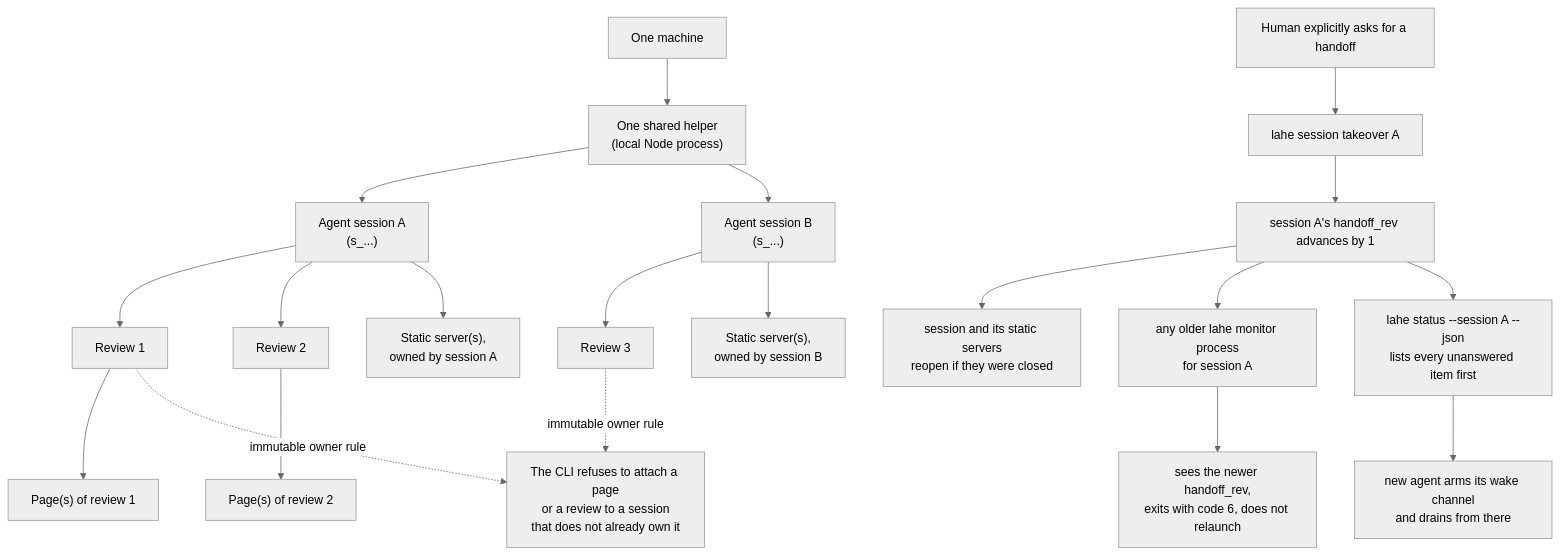
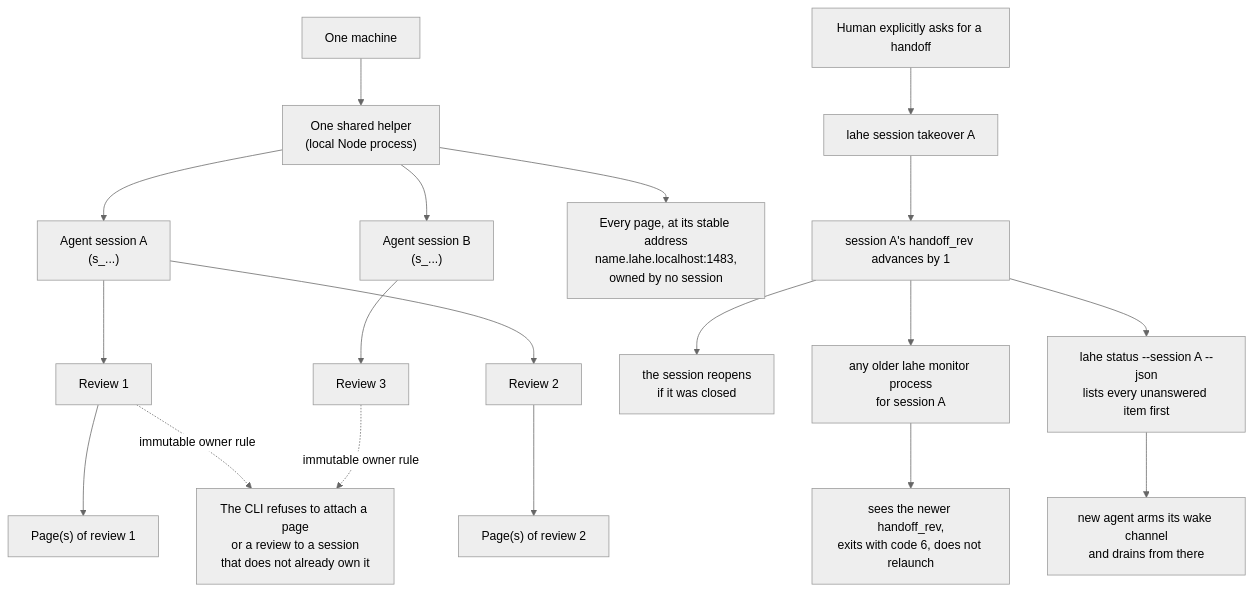
One commit to kenxle/live-agentic-html-editor changed the first of 3 diagrams in docs/diagrams/session_ownership.md. Above: the diagram before and after it, drawn with Mermaid (neutral theme). The commit also changed other lines of this file and 16 other files, not shown here.

First line of the commit message:
Stable addresses Step 3: the skill, contract, CLI doc, serving docs and diagrams describe stable addresses

````diff
--- a/docs/diagrams/session_ownership.md
+++ b/docs/diagrams/session_ownership.md
@@ -8,28 +8,28 @@
 ```mermaid
 flowchart TD
     Machine["One machine"] --> Helper["One shared helper<br/>(local Node process)"]
 
     Helper --> SessA["Agent session A<br/>(s_...)"]
     Helper --> SessB["Agent session B<br/>(s_...)"]
 
     SessA --> RevA1["Review 1"]
     SessA --> RevA2["Review 2"]
     RevA1 --> PageA1["Page(s) of review 1"]
     RevA2 --> PageA2["Page(s) of review 2"]
-    SessA --> StaticA["Static server(s),<br/>owned by session A"]
+    Helper --> Pages["Every page, at its stable address<br/>name.lahe.localhost:1483,<br/>owned by no session"]
 
     SessB --> RevB1["Review 3"]
-    SessB --> StaticB["Static server(s),<br/>owned by session B"]
+    
 
     Refuse["The CLI refuses to attach a page<br/>or a review to a session<br/>that does not already own it"]
     RevA1 -.->|"immutable owner rule"| Refuse
     RevB1 -.->|"immutable owner rule"| Refuse
 
     Human["Human explicitly asks for a handoff"] --> Takeover["lahe session takeover A"]
     Takeover --> Fence["session A's handoff_rev advances by 1"]
-    Fence --> Reopen["session and its static servers<br/>reopen if they were closed"]
+    Fence --> Reopen["the session reopens<br/>if it was closed"]
     Fence --> OldMonitor["any older lahe monitor process<br/>for session A"]
     OldMonitor --> Exit6["sees the newer handoff_rev,<br/>exits with code 6, does not relaunch"]
     Fence --> Catchup["lahe status --session A --json<br/>lists every unanswered item first"]
     Catchup --> NewAgent["new agent arms its wake channel<br/>and drains from there"]
 ```
````
